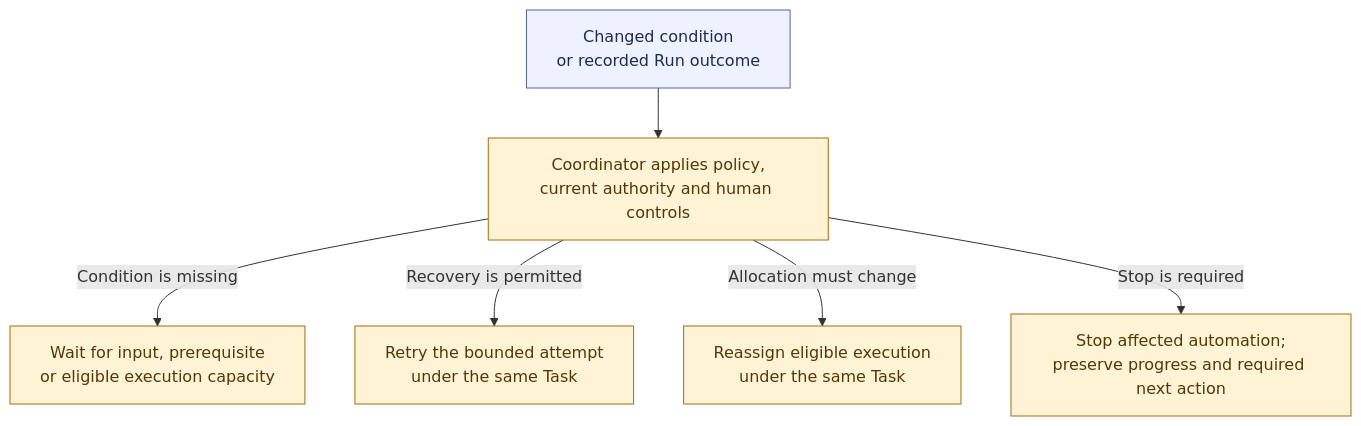
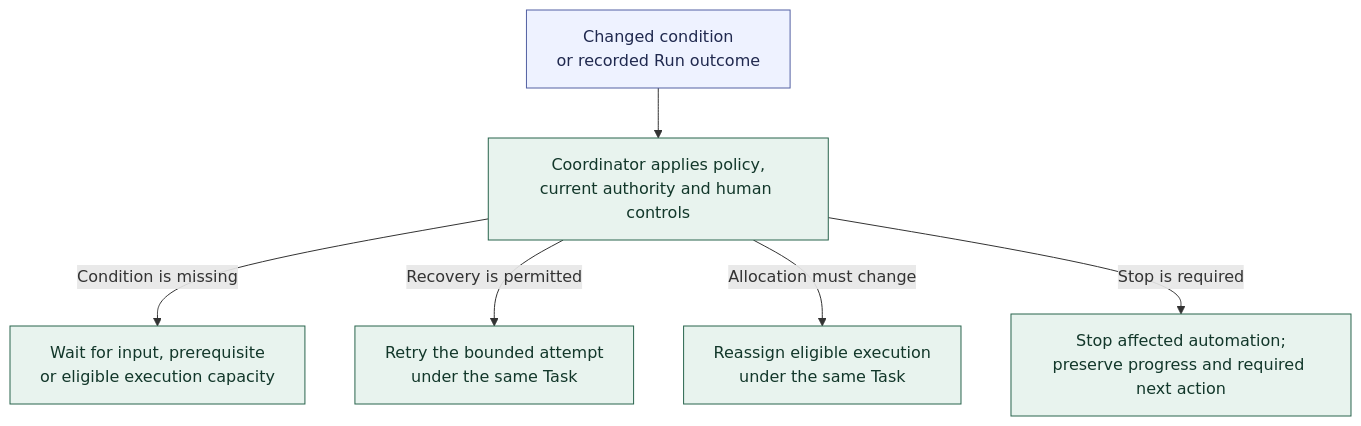
One commit to andrii2g/mobiraeon changed the diagram in docs/diagrams/waiting-and-recovery.md. Above: the diagram before and after it, drawn with Mermaid. The commit also changed other lines of this file and 8 other files, not shown here.

Commit message:
added context continuity and shared work added diagram

````diff
--- a/docs/diagrams/waiting-and-recovery.md
+++ b/docs/diagrams/waiting-and-recovery.md
@@ -5,18 +5,18 @@
 ```mermaid
 ---
 config:
   flowchart:
     wrappingWidth: 280
 ---
 flowchart TB
     CHANGE["Changed condition<br/>or recorded Run outcome"] --> COORD["Coordinator applies policy,<br/>current authority and human controls"]
     COORD -->|Condition is missing| WAIT["Wait for input, prerequisite<br/>or eligible execution capacity"]
     COORD -->|Recovery is permitted| RETRY["Retry the bounded attempt<br/>under the same Task"]
     COORD -->|Allocation must change| REASSIGN["Reassign eligible execution<br/>under the same Task"]
     COORD -->|Stop is required| STOP["Stop affected automation;<br/>preserve progress and required next action"]
 
-    classDef proposed fill:#fff3d6,stroke:#a66b12,color:#513807;
+    classDef agreed fill:#e8f3ee,stroke:#28644d,color:#12372a;
     classDef boundary fill:#eef2ff,stroke:#5261a3,color:#20294f;
-    class COORD,WAIT,RETRY,REASSIGN,STOP proposed;
+    class COORD,WAIT,RETRY,REASSIGN,STOP agreed;
     class CHANGE boundary;
 ```
````
